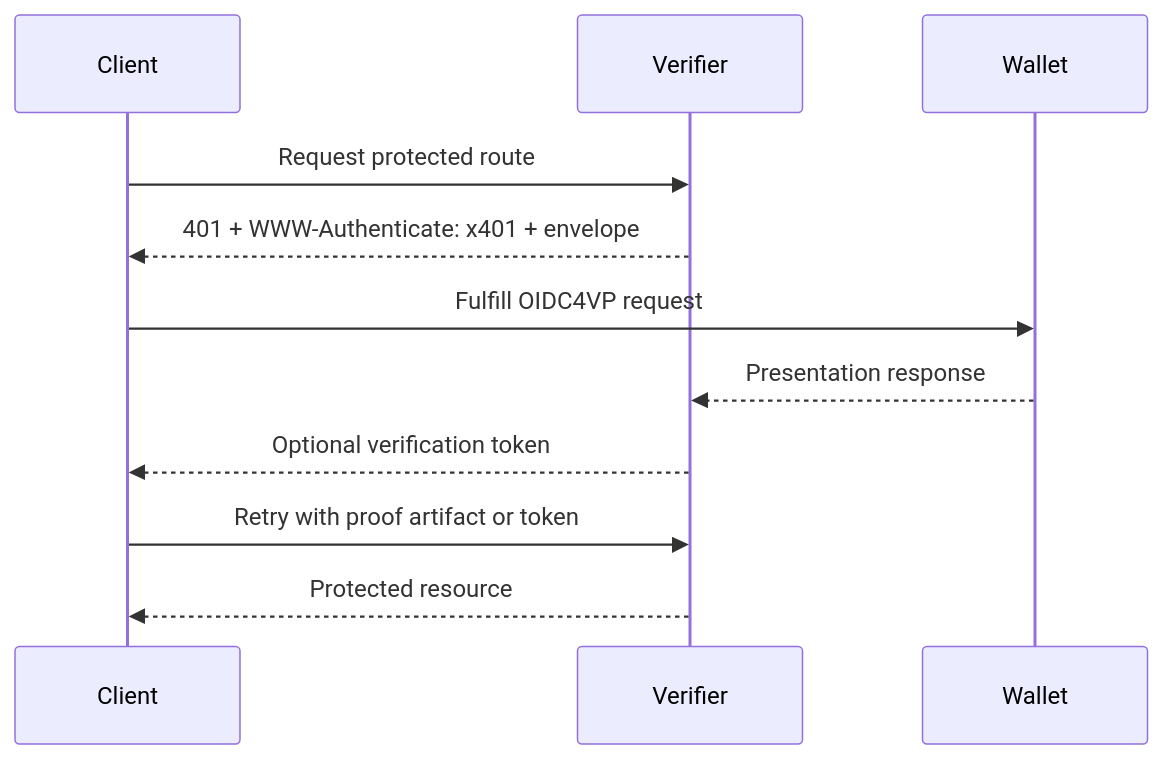
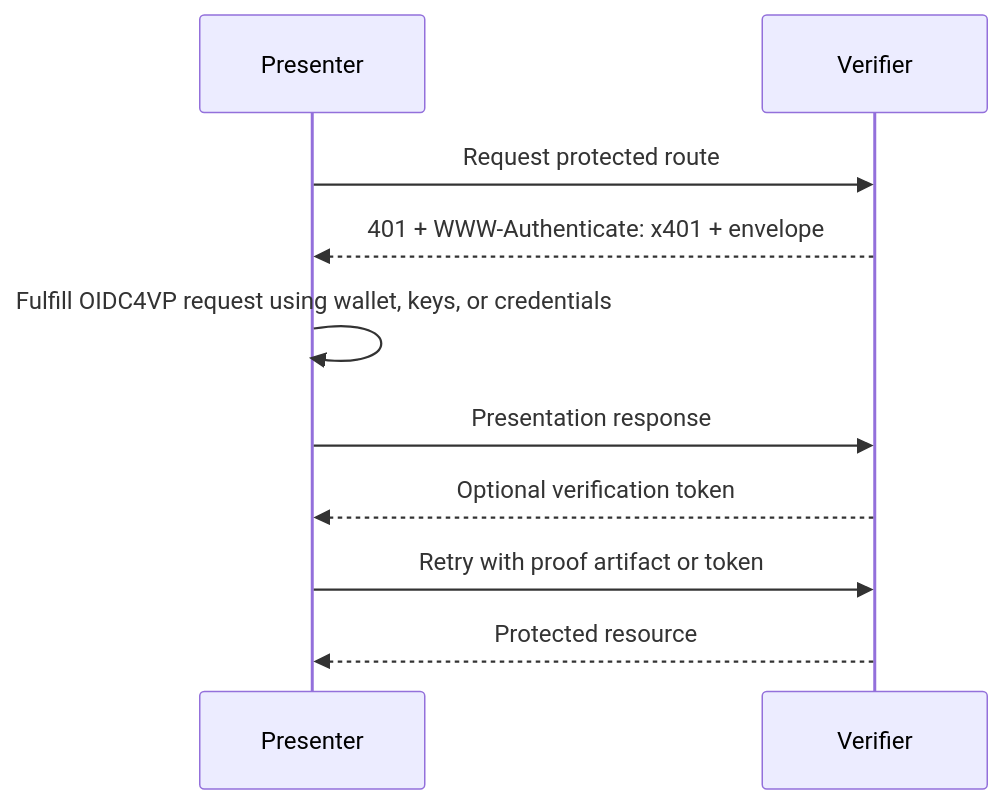
The first of 2 diagrams in spec.md (csuwildcat/P401), drawn with Mermaid before and after one commit. The commit also changed other lines of this file and 2 other files, not shown here.

````diff
--- a/spec.md
+++ b/spec.md
@@ -136,13 +138,12 @@
 ```mermaid
 sequenceDiagram
-    participant Client
+    participant Presenter
     participant Verifier
-    participant Wallet
-    Client->>Verifier: Request protected route
-    Verifier-->>Client: 401 + WWW-Authenticate: x401 + envelope
-    Client->>Wallet: Fulfill OIDC4VP request
-    Wallet-->>Verifier: Presentation response
-    Verifier-->>Client: Optional verification token
-    Client->>Verifier: Retry with proof artifact or token
-    Verifier-->>Client: Protected resource
+    Presenter->>Verifier: Request protected route
+    Verifier-->>Presenter: 401 + WWW-Authenticate: x401 + envelope
+    Presenter->>Presenter: Fulfill OIDC4VP request using wallet, keys, or credentials
+    Presenter->>Verifier: Presentation response
+    Verifier-->>Presenter: Optional verification token
+    Presenter->>Verifier: Retry with proof artifact or token
+    Verifier-->>Presenter: Protected resource
 ```
````
